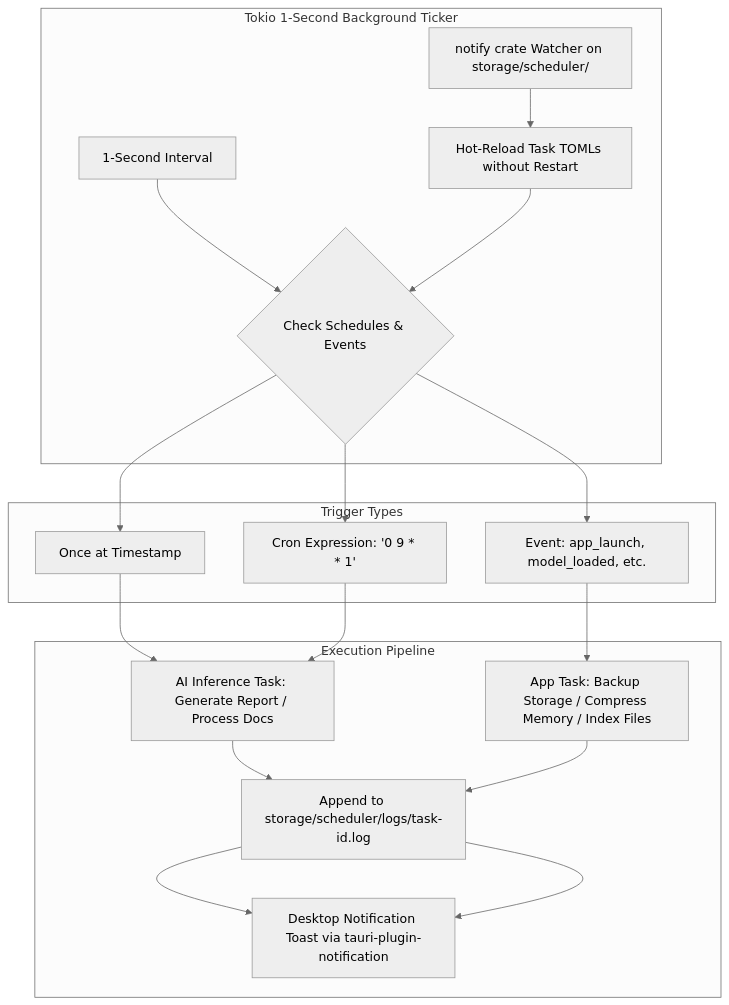
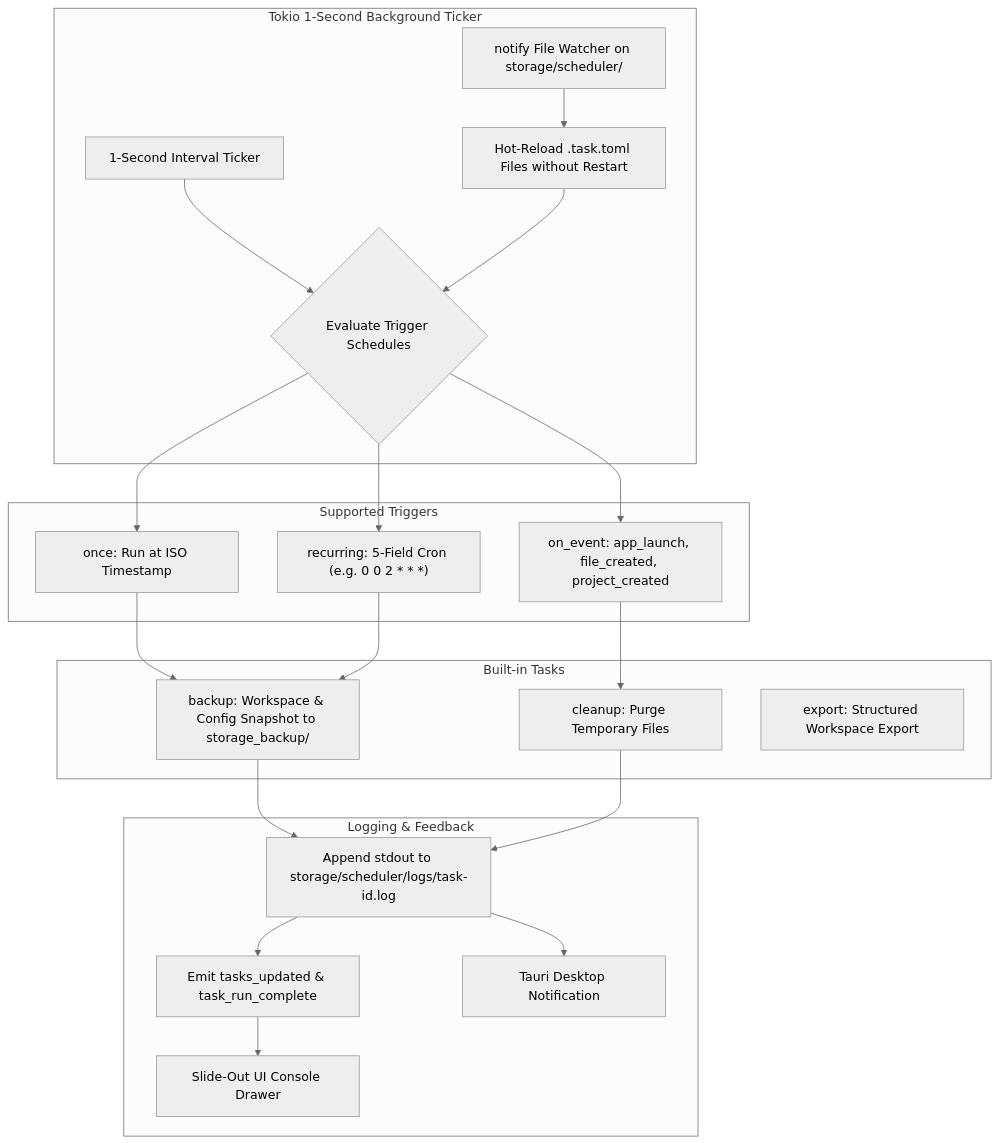
One commit to zishan049/Composer changed the seventh of 9 diagrams in PRD.md. Above: the diagram before and after it, drawn with Mermaid (neutral theme). The commit also changed other lines of this file and 1 other file, not shown here.

Commit message:
docs: update PRD and README to reflect version 2.0.0 and project evolution towards a comprehensive creator workbench

````diff
--- a/PRD.md
+++ b/PRD.md
@@ -460,33 +396,36 @@
 ```mermaid
 graph TD
-    subgraph SchedulerLoop ["Tokio 1-Second Background Ticker"]
-        TICK[1-Second Interval]
-        NOTIFY[notify crate Watcher on storage/scheduler/]
-        RELOAD[Hot-Reload Task TOMLs without Restart]
-        CHECK{Check Schedules & Events}
+    subgraph Daemon ["Tokio 1-Second Background Ticker"]
+        TICK[1-Second Interval Ticker]
+        WATCHER[notify File Watcher on storage/scheduler/]
+        RELOAD[Hot-Reload .task.toml Files without Restart]
+        EVAL{Evaluate Trigger Schedules}
     end
 
-    subgraph Triggers ["Trigger Types"]
-        ONCE[Once at Timestamp]
-        CRON[Cron Expression: '0 9 * * 1']
-        EVENT[Event: app_launch, model_loaded, etc.]
+    subgraph Triggers ["Supported Triggers"]
+        ONCE["once: Run at ISO Timestamp"]
+        CRON["recurring: 5-Field Cron (e.g. 0 0 2 * * *)"]
+        EVENT["on_event: app_launch, file_created, project_created"]
     end
 
-    subgraph Actions ["Execution Pipeline"]
-        AI_TASK[AI Inference Task: Generate Report / Process Docs]
-        APP_TASK[App Task: Backup Storage / Compress Memory / Index Files]
-        LOGS[Append to storage/scheduler/logs/task-id.log]
-        NOTIF[Desktop Notification Toast via tauri-plugin-notification]
+    subgraph Operations ["Built-in Tasks"]
+        BACKUP["backup: Workspace & Config Snapshot to storage_backup/"]
+        CLEAN["cleanup: Purge Temporary Files"]
+        EXPORT["export: Structured Workspace Export"]
     end
 
-    TICK --> CHECK
-    NOTIFY --> RELOAD --> CHECK
-    CHECK --> ONCE
-    CHECK --> CRON
-    CHECK --> EVENT
-    ONCE --> AI_TASK
-    CRON --> AI_TASK
-    EVENT --> APP_TASK
-    AI_TASK --> LOGS --> NOTIF
-    APP_TASK --> LOGS --> NOTIF
+    subgraph Telemetry ["Logging & Feedback"]
+        LOGS["Append stdout to storage/scheduler/logs/task-id.log"]
+        EVENT_BUS["Emit tasks_updated & task_run_complete"]
+        DRAWER["Slide-Out UI Console Drawer"]
+        TOAST["Tauri Desktop Notification"]
+    end
+
+    TICK --> EVAL
+    WATCHER --> RELOAD --> EVAL
+    EVAL --> ONCE --> BACKUP
+    EVAL --> CRON --> BACKUP
+    EVAL --> EVENT --> CLEAN
+    BACKUP --> LOGS --> EVENT_BUS --> DRAWER
+    CLEAN --> LOGS --> TOAST
 ```
````
